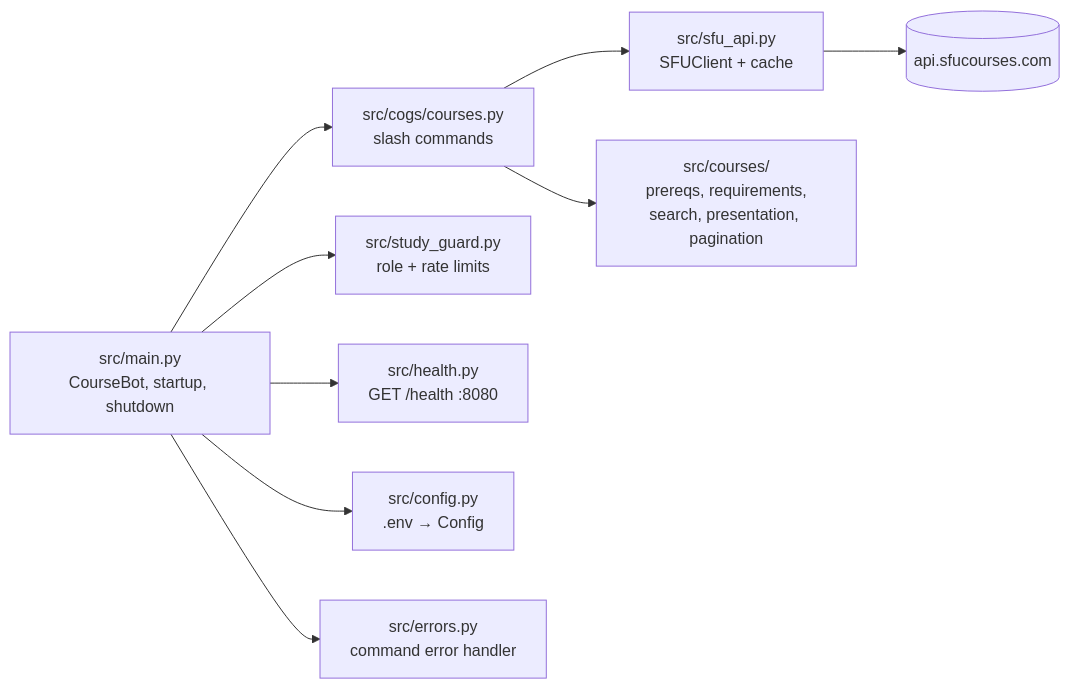
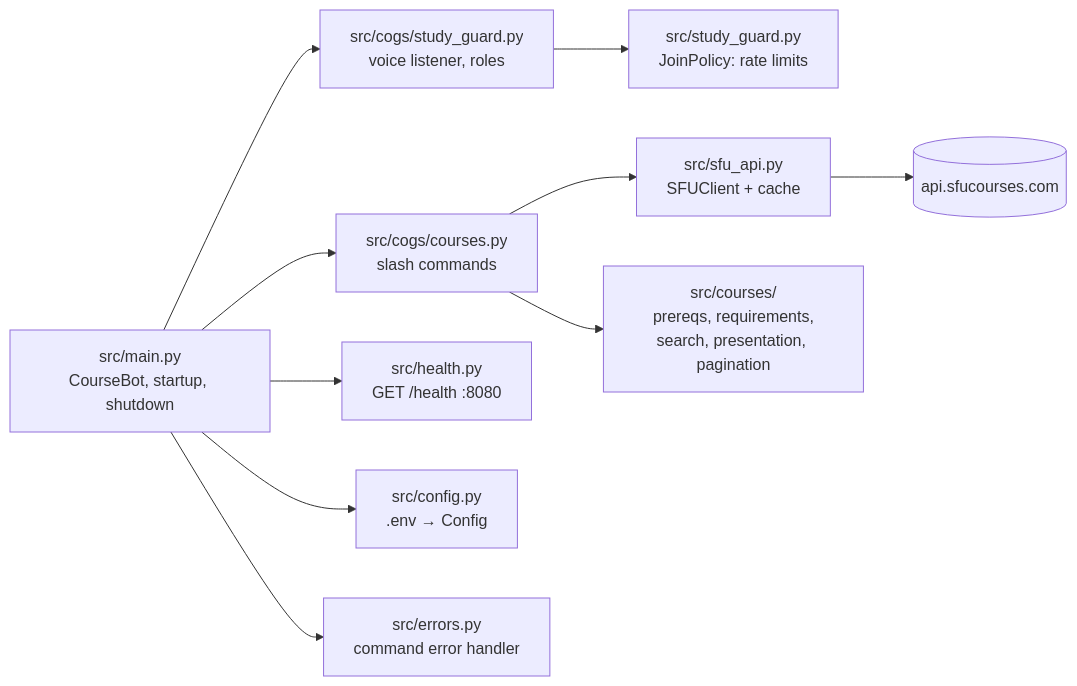
Before and after one commit to ssss-sfu/coursebot: the diagram in README.md, drawn with Mermaid. The commit also changed other lines of this file and 5 other files, not shown here.

First line of the commit message:
Refactored Study Guard into a Cog

````diff
--- a/README.md
+++ b/README.md
@@ -39,11 +39,12 @@
 ```mermaid
 flowchart LR
   main["src/main.py<br/>CourseBot, startup, shutdown"] --> cog["src/cogs/courses.py<br/>slash commands"]
-  main --> guard["src/study_guard.py<br/>role + rate limits"]
+  main --> guard["src/cogs/study_guard.py<br/>voice listener, roles"]
+  guard --> policy["src/study_guard.py<br/>JoinPolicy: rate limits"]
   main --> health["src/health.py<br/>GET /health :8080"]
   main --> config["src/config.py<br/>.env → Config"]
   main --> errors["src/errors.py<br/>command error handler"]
   cog --> api["src/sfu_api.py<br/>SFUClient + cache"]
   cog --> courses["src/courses/<br/>prereqs, requirements,<br/>search, presentation, pagination"]
   api --> sfu[(api.sfucourses.com)]
 ```
````
